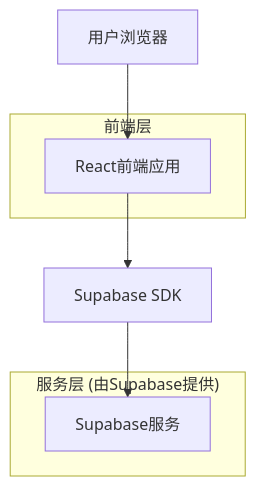
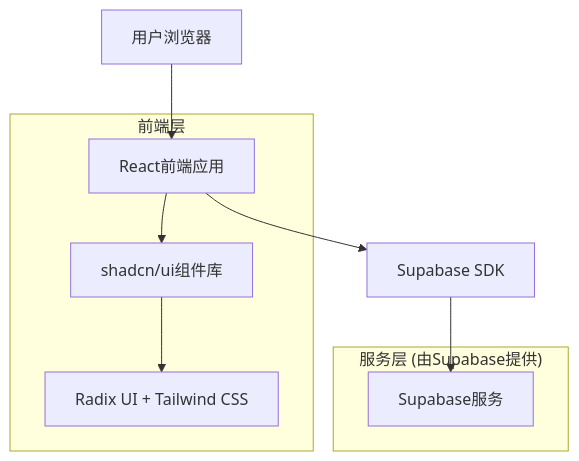
The first of 3 diagrams in .trae/documents/团队协作工具技术架构文档.md (cheeseher/PRDTool), drawn with Mermaid before and after one commit. The commit also changed other lines of this file and 32 other files, not shown here.

````diff
--- a/.trae/documents/团队协作工具技术架构文档.md
+++ b/.trae/documents/团队协作工具技术架构文档.md
@@ -5,14 +5,18 @@
 ```mermaid
 graph TD
   A[用户浏览器] --> B[React前端应用]
-  B --> C[Supabase SDK]
-  C --> D[Supabase服务]
+  B --> C[shadcn/ui组件库]
+  B --> D[Supabase SDK]
+  C --> E[Radix UI + Tailwind CSS]
+  D --> F[Supabase服务]
 
   subgraph "前端层"
     B
+    C
+    E
   end
 
   subgraph "服务层 (由Supabase提供)"
-    D
+    F
   end
 ```
````
